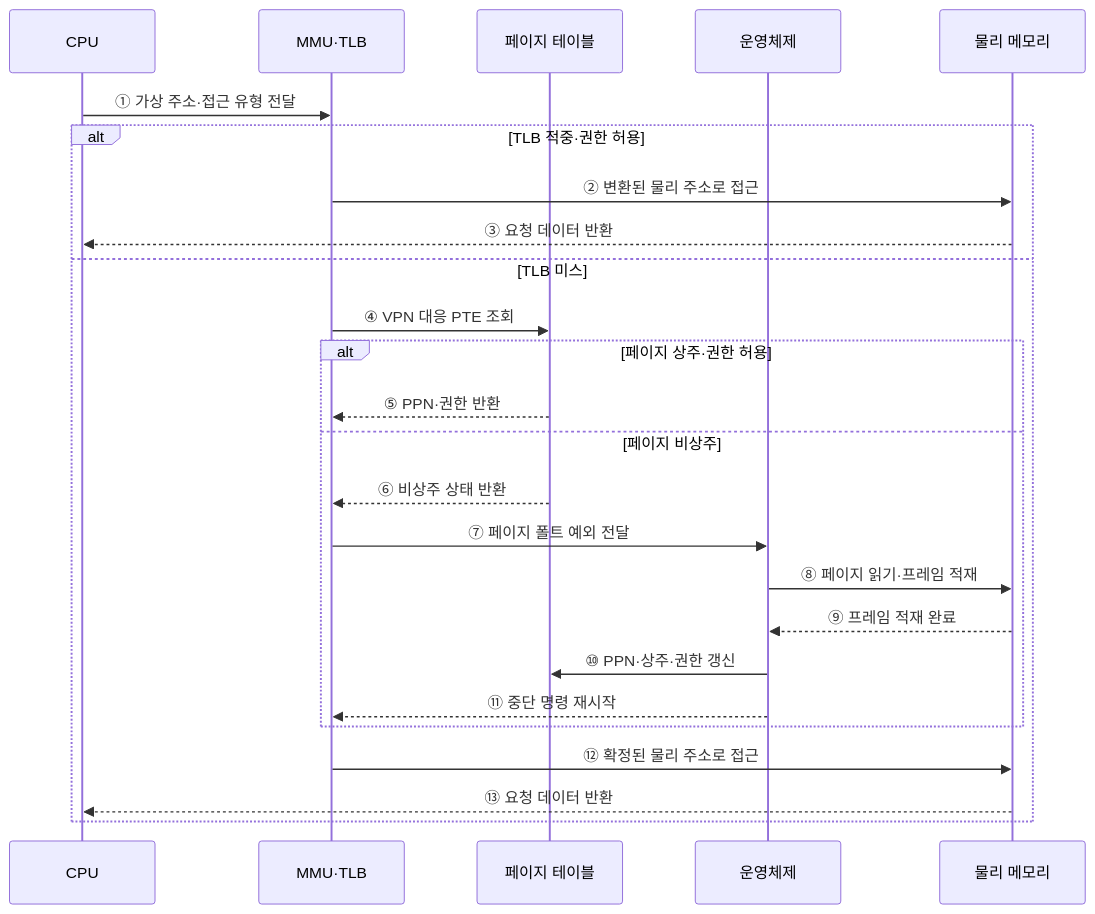
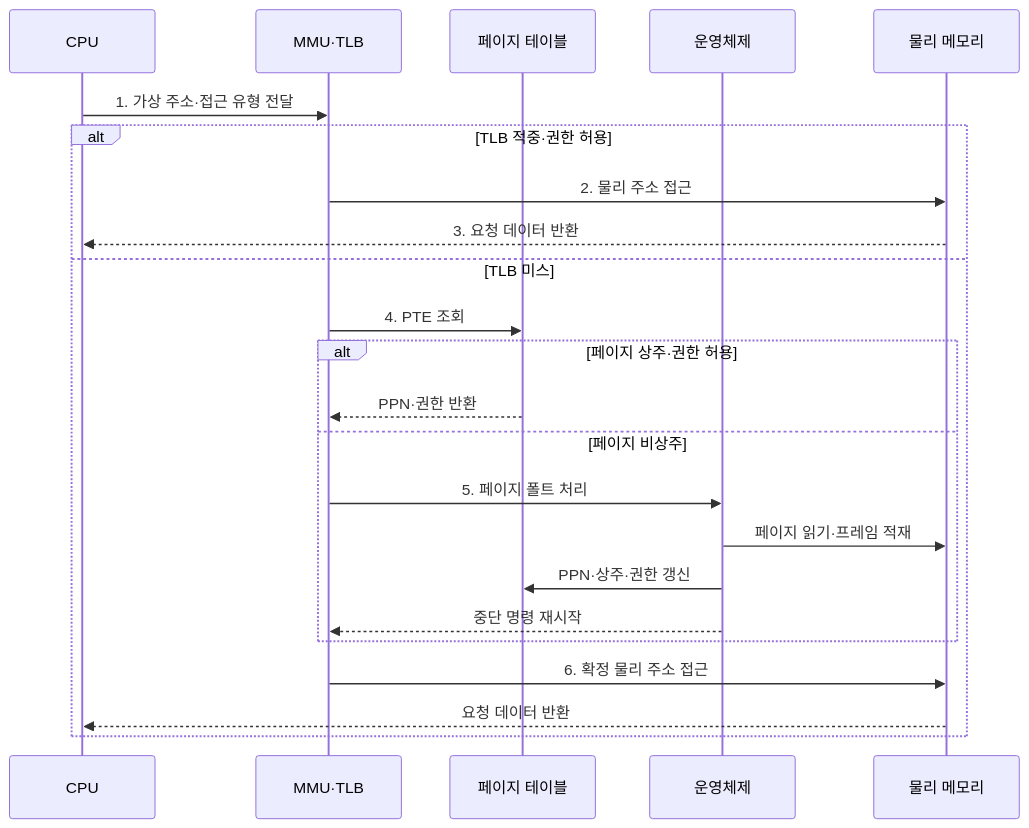
The second of 2 diagrams in src/content/docs/notes/02-hardware/017_virtual_memory_paging_segmentation.md (agnusdei1207/knowledge-base), drawn with Mermaid before and after one commit. The commit also changed other lines of this file and 20 other files, not shown here.

````diff
--- a/src/content/docs/notes/02-hardware/017_virtual_memory_paging_segmentation.md
+++ b/src/content/docs/notes/02-hardware/017_virtual_memory_paging_segmentation.md
@@ -90,27 +92,25 @@
 ```mermaid
 sequenceDiagram
     participant C as CPU
     participant M as MMU·TLB
     participant P as 페이지 테이블
     participant O as 운영체제
     participant R as 물리 메모리
-    C->>M: ① 가상 주소·접근 유형 전달
+    C->>M: 1. 가상 주소·접근 유형 전달
     alt TLB 적중·권한 허용
-        M->>R: ② 변환된 물리 주소로 접근
-        R-->>C: ③ 요청 데이터 반환
+        M->>R: 2. 물리 주소 접근
+        R-->>C: 3. 요청 데이터 반환
     else TLB 미스
-        M->>P: ④ VPN 대응 PTE 조회
+        M->>P: 4. PTE 조회
         alt 페이지 상주·권한 허용
-            P-->>M: ⑤ PPN·권한 반환
+            P-->>M: PPN·권한 반환
         else 페이지 비상주
-            P-->>M: ⑥ 비상주 상태 반환
-            M->>O: ⑦ 페이지 폴트 예외 전달
-            O->>R: ⑧ 페이지 읽기·프레임 적재
-            R-->>O: ⑨ 프레임 적재 완료
-            O->>P: ⑩ PPN·상주·권한 갱신
-            O-->>M: ⑪ 중단 명령 재시작
+            M->>O: 5. 페이지 폴트 처리
+            O->>R: 페이지 읽기·프레임 적재
+            O->>P: PPN·상주·권한 갱신
+            O-->>M: 중단 명령 재시작
         end
-        M->>R: ⑫ 확정된 물리 주소로 접근
-        R-->>C: ⑬ 요청 데이터 반환
+        M->>R: 6. 확정 물리 주소 접근
+        R-->>C: 요청 데이터 반환
     end
 ```
````
